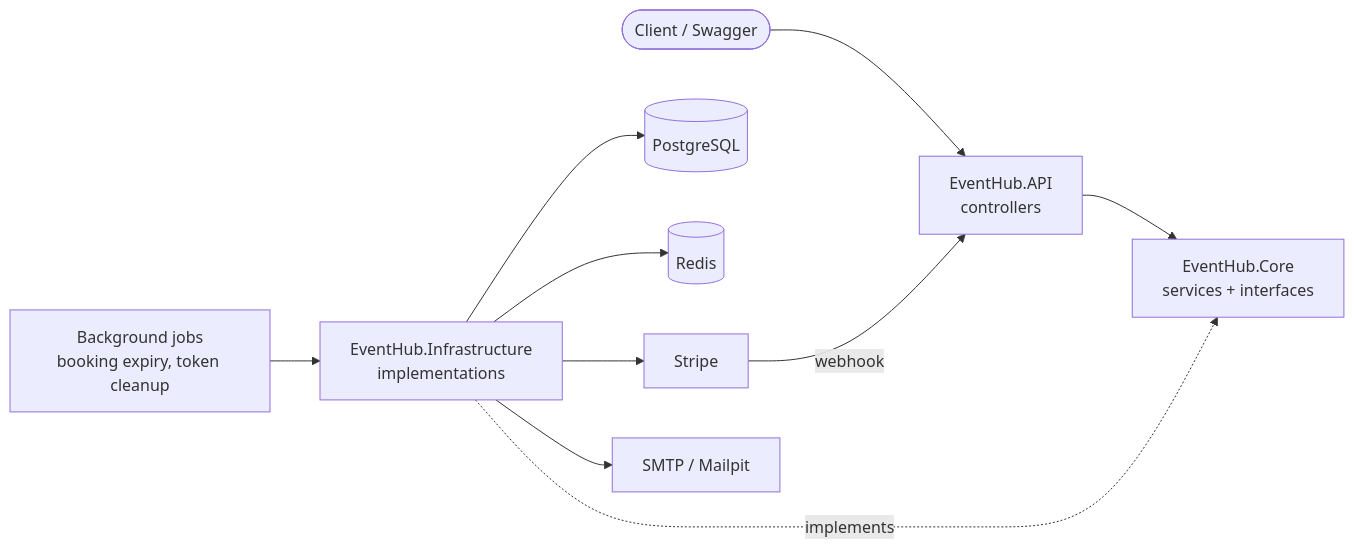
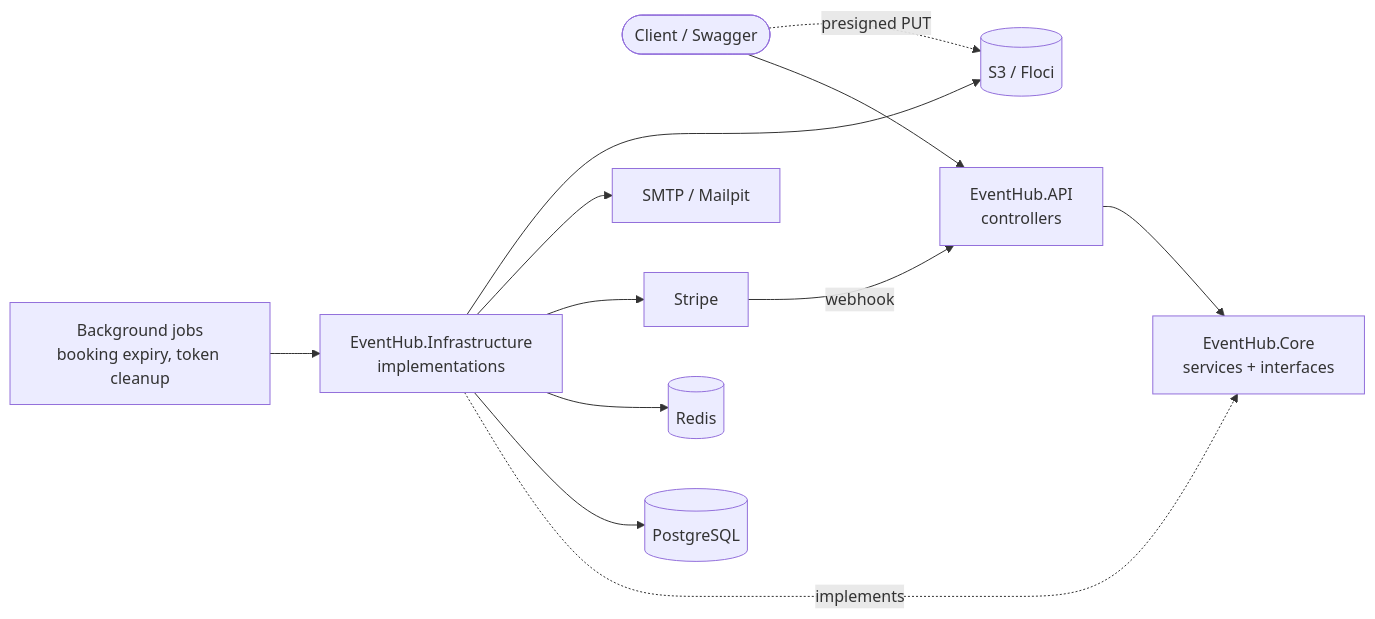
One commit to nguyen-duong-tien-phat/event-hub-DotNet changed the first of 2 diagrams in README.md. Above: the diagram before and after it, drawn with Mermaid. The commit also changed other lines of this file and 1 other file, not shown here.

````diff
--- a/README.md
+++ b/README.md
@@ -36,12 +46,14 @@
 ```mermaid
 flowchart LR
     Client([Client / Swagger]) --> API[EventHub.API<br/>controllers]
     API --> Core[EventHub.Core<br/>services + interfaces]
     Infra[EventHub.Infrastructure<br/>implementations] -. implements .-> Core
     Infra --> PG[(PostgreSQL)]
     Infra --> Redis[(Redis)]
     Infra --> Stripe[Stripe]
     Infra --> SMTP[SMTP / Mailpit]
+    Infra --> S3[(S3 / Floci)]
+    Client -. presigned PUT .-> S3
     Stripe -- webhook --> API
     Jobs[Background jobs<br/>booking expiry, token cleanup] --> Infra
 ```
````
